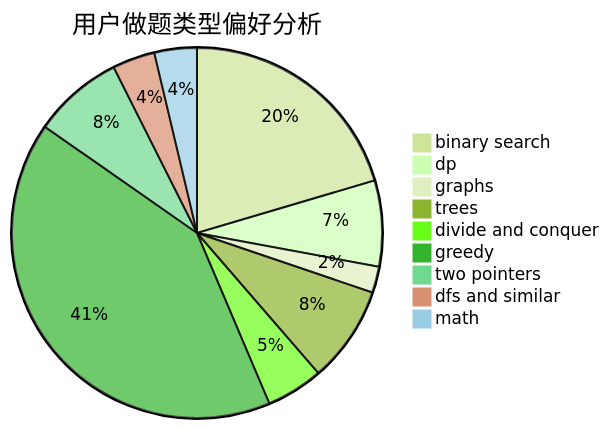
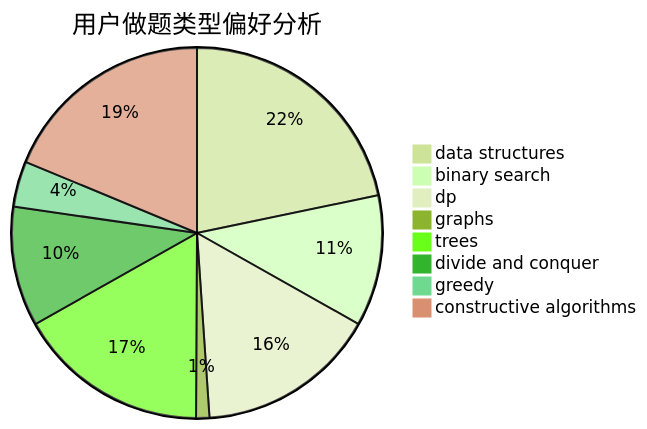
The second of 3 diagrams in docs/user/u1883.md (sherpahu/cfrs.github.io), drawn with Mermaid (forest theme) before and after one commit. The commit also changed other lines of this file and 2775 other files, not shown here.

````diff
--- a/docs/user/u1883.md
+++ b/docs/user/u1883.md
@@ -23,12 +23,11 @@
 ```mermaid
 pie title 用户做题类型偏好分析
-    "binary search" :  259
+    "data structures" :  131
+    "binary search" :  69
     "dp" :  95
-    "graphs" :  29
-    "trees" :  107
+    "graphs" :  7
+    "trees" :  101
     "divide and conquer" :  63
-    "greedy" :  521
-    "two pointers" :  100
-    "dfs and similar" :  47
-    "math" :  47
+    "greedy" :  24
+    "constructive algorithms" :  113
 ```
````
